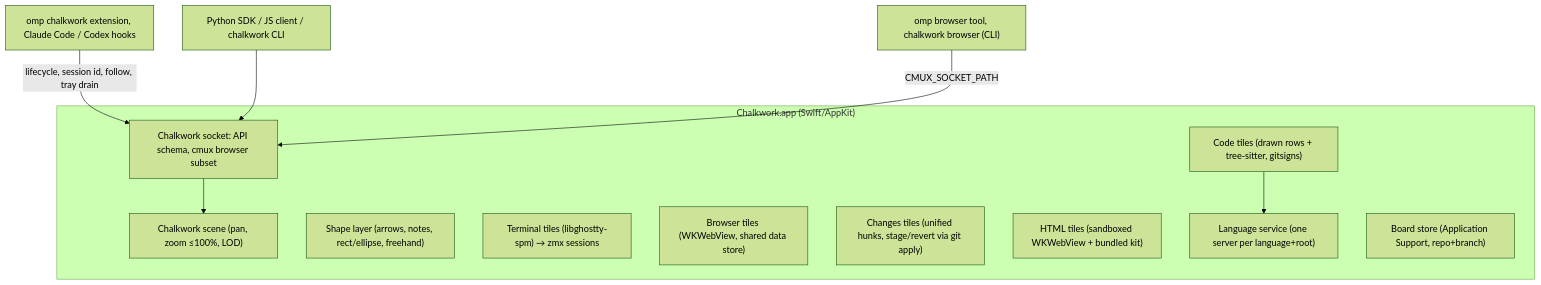
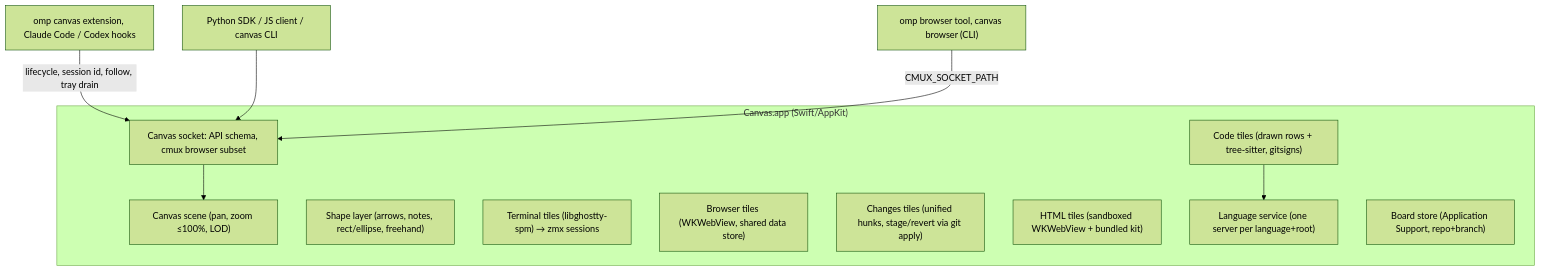
One commit to twaldin/canvas changed the diagram in docs/design.md. Above: the diagram before and after it, drawn with Mermaid (forest theme). The commit also changed other lines of this file and 138 other files, not shown here.

First line of the commit message:
Chalkwork is now Canvas

````diff
--- a/docs/design.md
+++ b/docs/design.md
@@ -14,20 +14,20 @@
 ```mermaid
 flowchart TB
-  subgraph App["Chalkwork.app (Swift/AppKit)"]
-    Scene["Chalkwork scene (pan, zoom ≤100%, LOD)"]
+  subgraph App["Canvas.app (Swift/AppKit)"]
+    Scene["Canvas scene (pan, zoom ≤100%, LOD)"]
     Ink["Shape layer (arrows, notes, rect/ellipse, freehand)"]
     T["Terminal tiles (libghostty-spm) → zmx sessions"]
     B["Browser tiles (WKWebView, shared data store)"]
     C["Code tiles (drawn rows + tree-sitter, gitsigns)"]
     R["Changes tiles (unified hunks, stage/revert via git apply)"]
     H["HTML tiles (sandboxed WKWebView + bundled kit)"]
     L["Language service (one server per language+root)"]
-    Sock["Chalkwork socket: API schema, cmux browser subset"]
+    Sock["Canvas socket: API schema, cmux browser subset"]
     Store["Board store (Application Support, repo+branch)"]
   end
-  Ext["omp chalkwork extension, Claude Code / Codex hooks"] -->|"lifecycle, session id, follow, tray drain"| Sock
-  SDK["Python SDK / JS client / chalkwork CLI"] --> Sock
-  OmpBrowser["omp browser tool, chalkwork browser (CLI)"] -->|"CMUX_SOCKET_PATH"| Sock
+  Ext["omp canvas extension, Claude Code / Codex hooks"] -->|"lifecycle, session id, follow, tray drain"| Sock
+  SDK["Python SDK / JS client / canvas CLI"] --> Sock
+  OmpBrowser["omp browser tool, canvas browser (CLI)"] -->|"CMUX_SOCKET_PATH"| Sock
   Sock --> Scene
   C --> L
 ```
````
